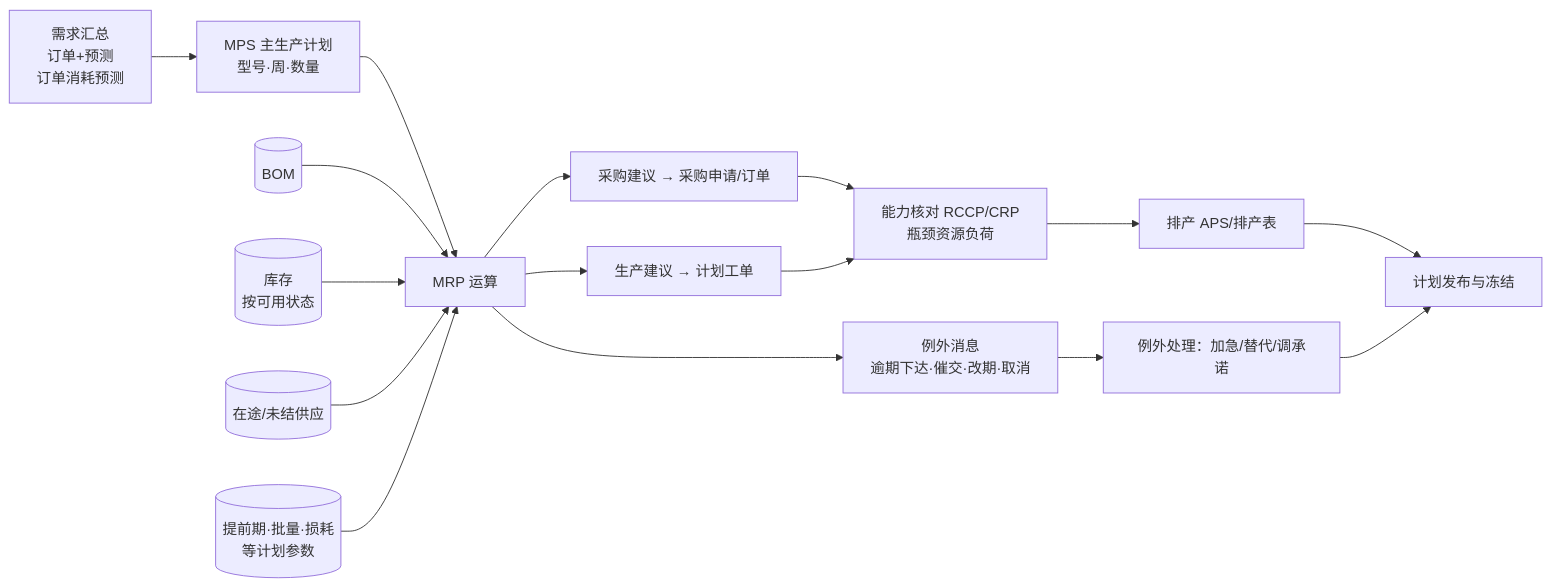
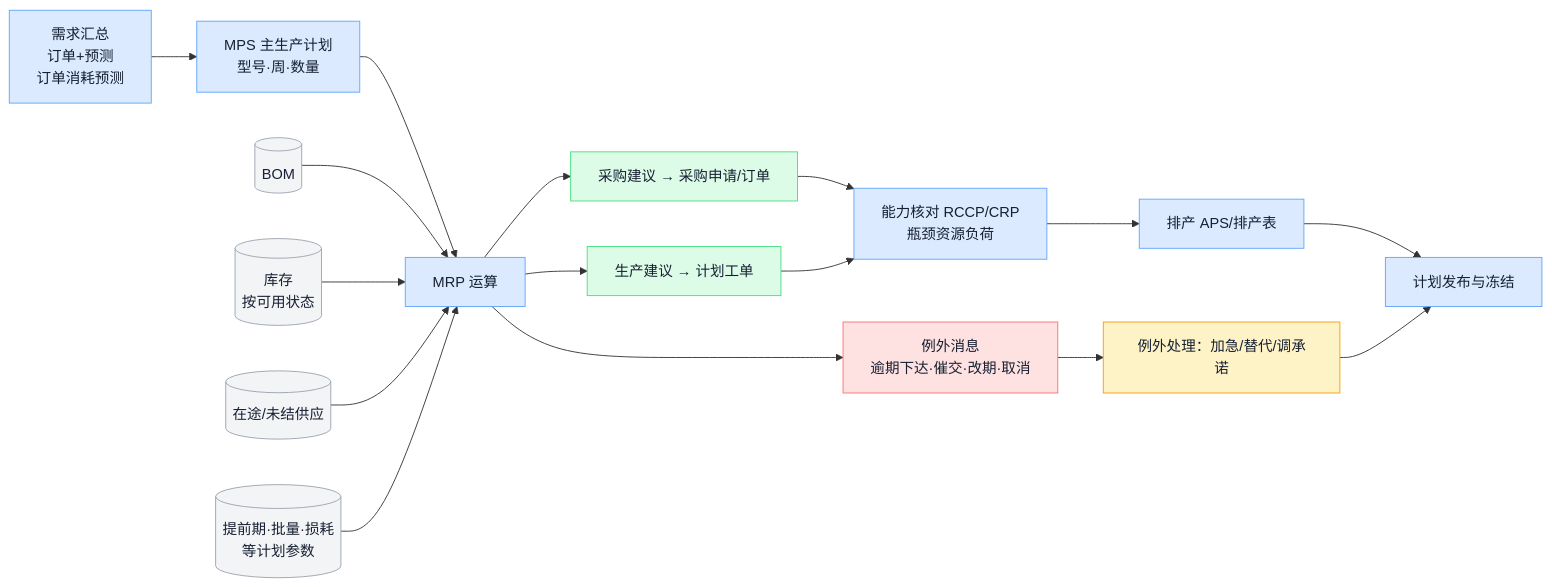
Before and after one commit to ink-hz/AI-Manufacturing-Platform: the eighth of 16 diagrams in docs/manufacturing-system-handbook.md, drawn with Mermaid. The commit also changed other lines of this file, not shown here.

Commit message:
docs: publish maintained handbook diagram colors

````diff
--- a/docs/manufacturing-system-handbook.md
+++ b/docs/manufacturing-system-handbook.md
@@ -333,15 +408,25 @@
 ```mermaid
 flowchart LR
     A[需求汇总<br/>订单+预测<br/>订单消耗预测] --> B[MPS 主生产计划<br/>型号·周·数量]
     B --> C[MRP 运算]
     I1[(BOM)] --> C
     I2[(库存<br/>按可用状态)] --> C
     I3[(在途/未结供应)] --> C
     I4[(提前期·批量·损耗<br/>等计划参数)] --> C
     C --> D1[采购建议 → 采购申请/订单]
     C --> D2[生产建议 → 计划工单]
     C --> D3[例外消息<br/>逾期下达·催交·改期·取消]
     D1 & D2 --> E[能力核对 RCCP/CRP<br/>瓶颈资源负荷]
     E --> F[排产 APS/排产表] --> G[计划发布与冻结]
     D3 --> H[例外处理：加急/替代/调承诺] --> G
+    class A,B,C,E,F,G biz
+    class I1,I2,I3,I4 store
+    class D1,D2 exec
+    class D3 risk
+    class H qa
+    classDef biz fill:#DBEAFE,stroke:#60A5FA,color:#172033;
+    classDef store fill:#F3F4F6,stroke:#9CA3AF,color:#172033;
+    classDef exec fill:#DCFCE7,stroke:#4ADE80,color:#172033;
+    classDef risk fill:#FEE2E2,stroke:#F87171,color:#172033;
+    classDef qa fill:#FEF3C7,stroke:#F59E0B,color:#172033;
 ```
````
